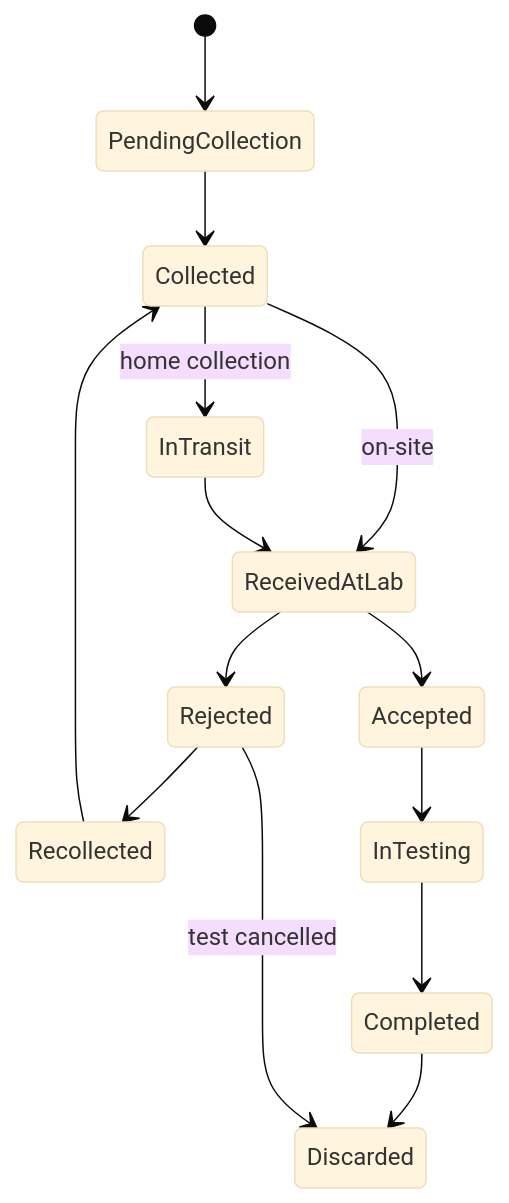
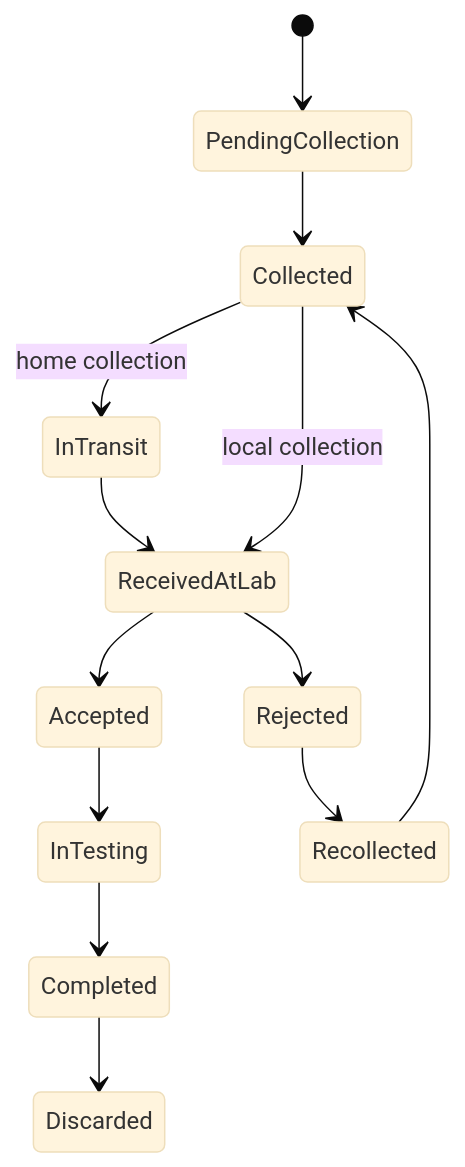
Before and after one commit to zaighaumrana/lab-software: the fourth of 13 diagrams in docs/03_Core_Domain_Design.md, drawn with Mermaid (base theme). The commit also changed other lines of this file, not shown here.

````diff
--- a/docs/03_Core_Domain_Design.md
+++ b/docs/03_Core_Domain_Design.md
@@ -174,16 +395,15 @@
 ```mermaid
 stateDiagram-v2
     [*] --> PendingCollection
     PendingCollection --> Collected
     Collected --> InTransit: home collection
-    Collected --> ReceivedAtLab: on-site
+    Collected --> ReceivedAtLab: local collection
     InTransit --> ReceivedAtLab
     ReceivedAtLab --> Accepted
     ReceivedAtLab --> Rejected
     Rejected --> Recollected
     Recollected --> Collected
     Accepted --> InTesting
     InTesting --> Completed
     Completed --> Discarded
-    Rejected --> Discarded: test cancelled
 ```
````
